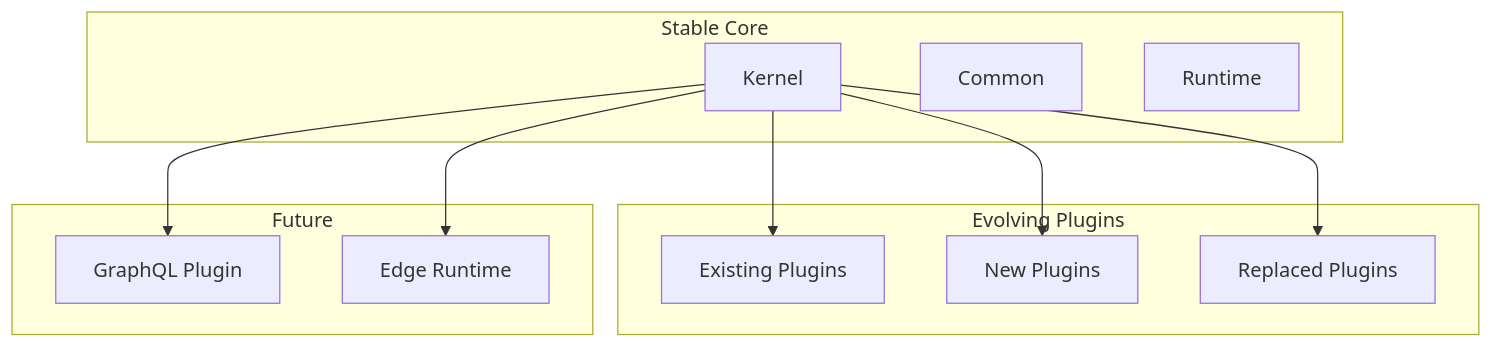
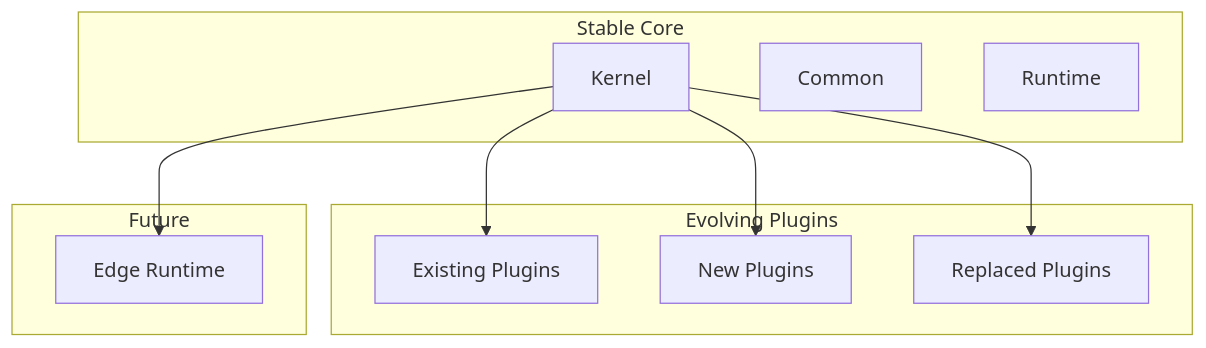
Before and after one commit to setu-ts/setu-ts: diagram 18 of 18 in ARCHITECTURE.md, drawn with Mermaid. The commit also changed other lines of this file and 22 other files, not shown here.

````diff
--- a/ARCHITECTURE.md
+++ b/ARCHITECTURE.md
@@ -2420,25 +2420,23 @@
 ```mermaid
 graph TB
     subgraph Stable Core
         Kernel[Kernel]
         Common[Common]
         Runtime[Runtime]
     end
 
     subgraph Evolving Plugins
         Existing[Existing Plugins]
         New[New Plugins]
         Replaced[Replaced Plugins]
     end
 
     subgraph Future
-        GraphQL[GraphQL Plugin]
         Edge[Edge Runtime]
     end
 
     Kernel --> Existing
     Kernel --> New
     Kernel --> Replaced
-    Kernel --> GraphQL
     Kernel --> Edge
 ```
````
